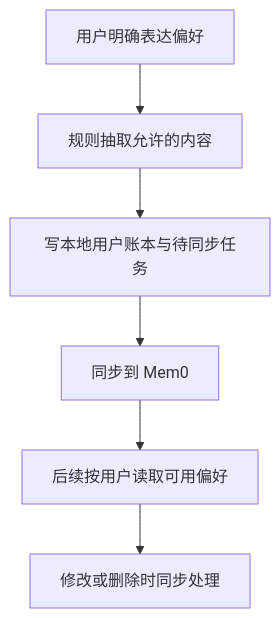
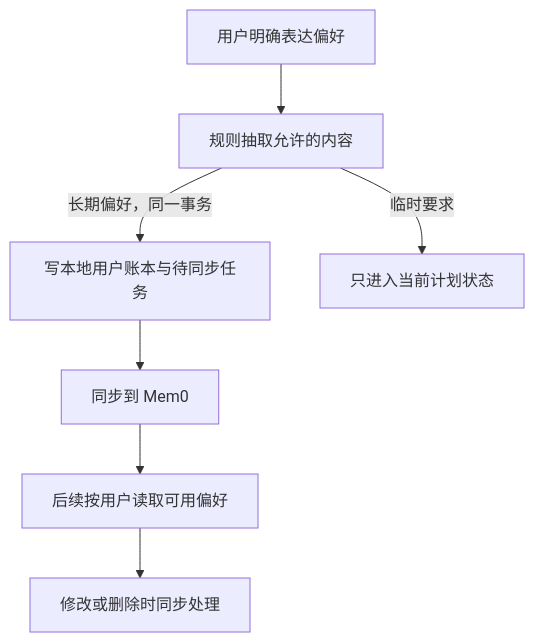
One commit to HuaguoshanLab/identify-food-calories changed the diagram in docs/learning/feature-memory.md. Above: the diagram before and after it, drawn with Mermaid. The commit also changed other lines of this file and 40 other files, not shown here.

````diff
--- a/docs/learning/feature-memory.md
+++ b/docs/learning/feature-memory.md
@@ -19,14 +19,15 @@
 ```mermaid
 flowchart TD
     N0["用户明确表达偏好"]
     N1["规则抽取允许的内容"]
     N0 --> N1
     N2["写本地用户账本与待同步任务"]
-    N1 --> N2
+    N1 -->|长期偏好，同一事务| N2
+    N1 -->|临时要求| T["只进入当前计划状态"]
     N3["同步到 Mem0"]
     N2 --> N3
     N4["后续按用户读取可用偏好"]
     N3 --> N4
     N5["修改或删除时同步处理"]
     N4 --> N5
 ```
````
